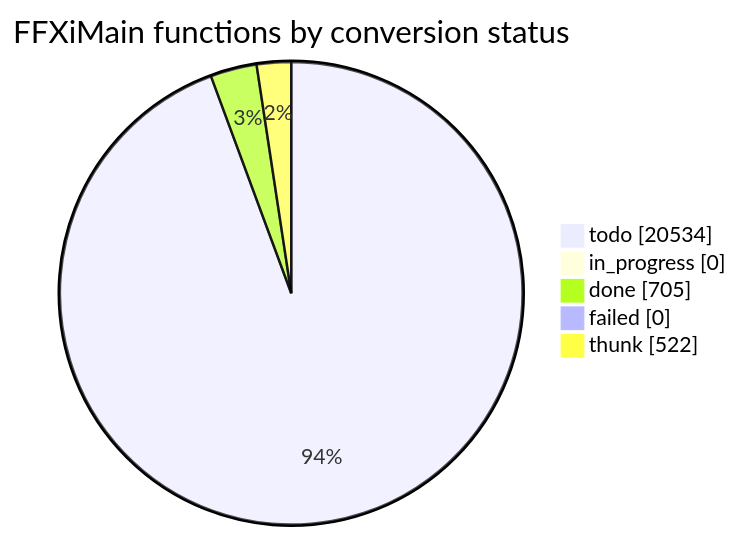
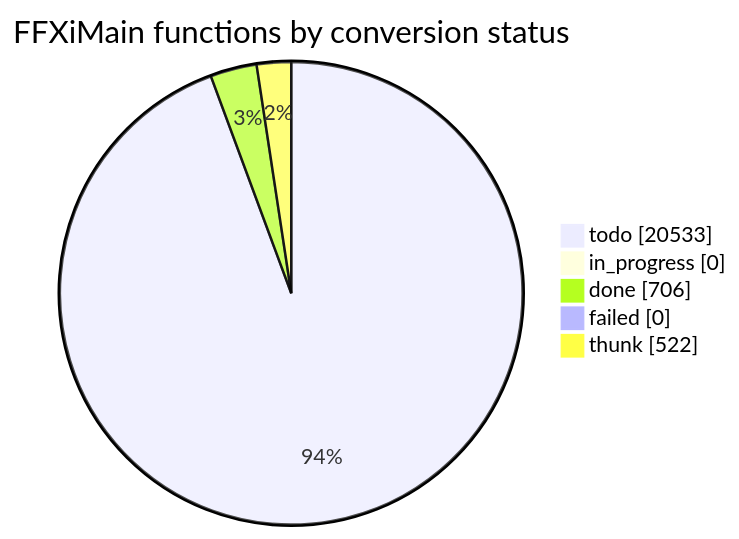
One commit to cowrevenge/cow_kuluu_xi_anything changed the diagram in docs/cow/STATUS.md. Above: the diagram before and after it, drawn with Mermaid. The commit also changed other lines of this file and 9 other files, not shown here.

````diff
--- a/docs/cow/STATUS.md
+++ b/docs/cow/STATUS.md
@@ -18,9 +18,9 @@
 ```mermaid
 pie showData
     title FFXiMain functions by conversion status
-    "todo" : 20534
+    "todo" : 20533
     "in_progress" : 0
-    "done" : 705
+    "done" : 706
     "failed" : 0
     "thunk" : 522
 ```
````
